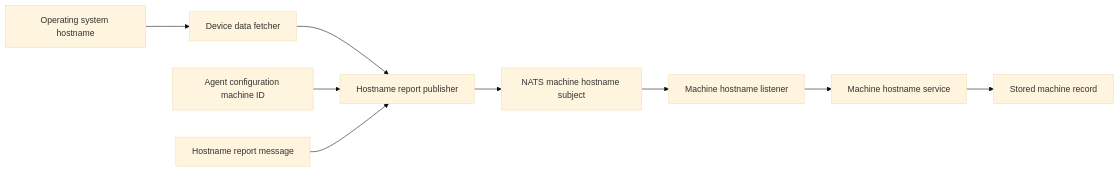
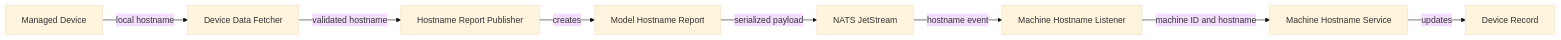
One commit to flamingo-stack/openframe-oss-tenant changed the first of 3 diagrams in docs/reference/architecture/openframe-client-core/model-hostname-report/model-hostname-report.md. Above: the diagram before and after it, drawn with Mermaid (base theme). The commit also changed other lines of this file and 2377 other files, not shown here.

````diff
--- a/docs/reference/architecture/openframe-client-core/model-hostname-report/model-hostname-report.md
+++ b/docs/reference/architecture/openframe-client-core/model-hostname-report/model-hostname-report.md
@@ -29,11 +34,19 @@
 ```mermaid
 flowchart LR
-    Kernel["Operating system hostname"] --> Fetcher["Device data fetcher"]
-    Fetcher --> Publisher["Hostname report publisher"]
-    Config["Agent configuration machine ID"] --> Publisher
-    Model["Hostname report message"] --> Publisher
-    Publisher --> Transport["NATS machine hostname subject"]
-    Transport --> Listener["Machine hostname listener"]
-    Listener --> Service["Machine hostname service"]
-    Service --> Device["Stored machine record"]
+    Device["Managed Device"]
+    Fetcher["Device Data Fetcher"]
+    Publisher["Hostname Report Publisher"]
+    Model["Model Hostname Report"]
+    Nats["NATS JetStream"]
+    Listener["Machine Hostname Listener"]
+    Service["Machine Hostname Service"]
+    Record["Device Record"]
+
+    Device -->|"local hostname"| Fetcher
+    Fetcher -->|"validated hostname"| Publisher
+    Publisher -->|"creates"| Model
+    Model -->|"serialized payload"| Nats
+    Nats -->|"hostname event"| Listener
+    Listener -->|"machine ID and hostname"| Service
+    Service -->|"updates"| Record
 ```
````
